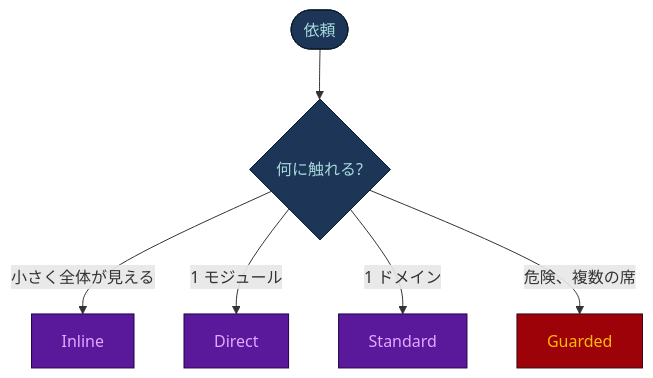
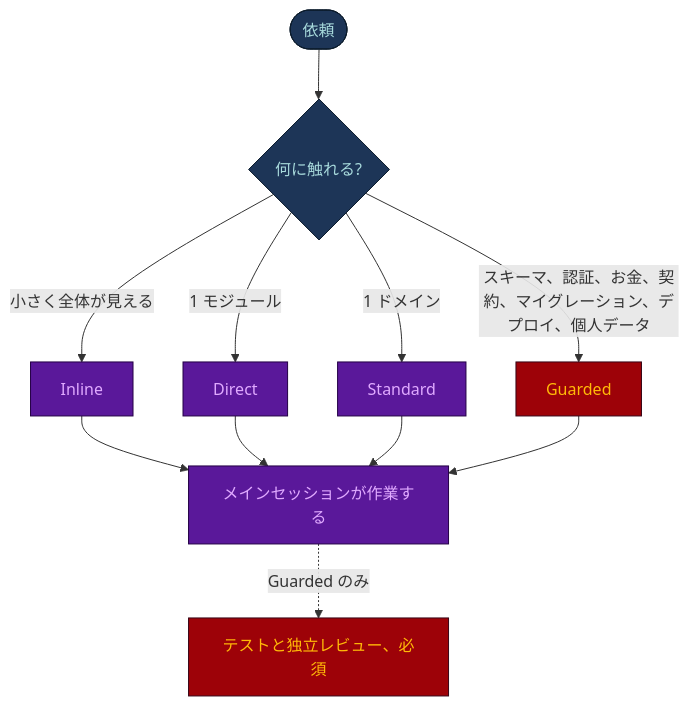
One commit to nguyenhx2/agent-harness-bootstrap changed the eighth of 16 diagrams in docs/FLOWS.ja.md. Above: the diagram before and after it, drawn with Mermaid. The commit also changed other lines of this file and 107 other files, not shown here.

````diff
--- a/docs/FLOWS.ja.md
+++ b/docs/FLOWS.ja.md
@@ -351,23 +351,30 @@
 ```mermaid
 flowchart TD
     REQ(["依頼"])
     T{"何に触れる?"}
     IN["Inline"]
     DI["Direct"]
     ST["Standard"]
     GU["Guarded"]
+    WORK["メインセッションが作業する"]
+    GATE["テストと独立レビュー、必須"]
 
     REQ --> T
     T -->|"小さく全体が見える"| IN
     T -->|"1 モジュール"| DI
     T -->|"1 ドメイン"| ST
-    T -->|"危険、複数の席"| GU
+    T -->|"スキーマ、認証、お金、契約、マイグレーション、デプロイ、個人データ"| GU
+    IN --> WORK
+    DI --> WORK
+    ST --> WORK
+    GU --> WORK
+    WORK -.->|"Guarded のみ"| GATE
 
     classDef mod fill:#5A189A,stroke:#240046,stroke-width:1px,color:#E0AAFF
     classDef hum fill:#1D3557,stroke:#0B1B2B,stroke-width:1px,color:#A8DADC
     classDef gate fill:#9D0208,stroke:#370617,stroke-width:1px,color:#FFBA08
 
     class REQ,T hum
-    class IN,DI,ST mod
-    class GU gate
+    class IN,DI,ST,WORK mod
+    class GU,GATE gate
 ```
````
